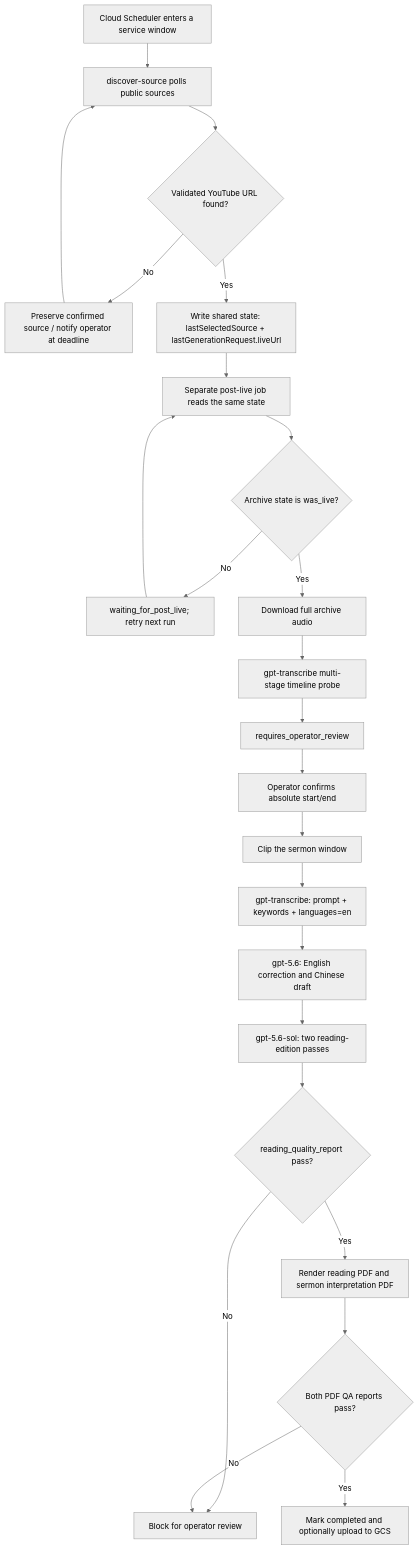
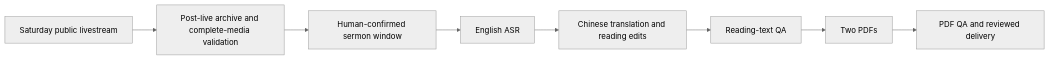
The first of 2 diagrams in README.md (JonathanJing/sermon-video-zh-subtitles), drawn with Mermaid (neutral theme) before and after one commit. The commit also changed other lines of this file and 4 other files, not shown here.

Commit message:
docs: focus project on two sermon workflows

````diff
--- a/README.md
+++ b/README.md
@@ -57,26 +27,10 @@
 ```mermaid
-flowchart TD
-    A[Cloud Scheduler enters a service window] --> B[discover-source polls public sources]
-    B --> C{Validated YouTube URL found?}
-    C -- No --> D[Preserve confirmed source / notify operator at deadline]
-    C -- Yes --> E["Write shared state: lastSelectedSource + lastGenerationRequest.liveUrl"]
-    D --> B
-    E --> F[Separate post-live job reads the same state]
-    F --> G{Archive state is was_live?}
-    G -- No --> H[waiting_for_post_live; retry next run]
-    H --> F
-    G -- Yes --> I[Download full archive audio]
-    I --> J[gpt-transcribe multi-stage timeline probe]
-    J --> K[requires_operator_review]
-    K --> L[Operator confirms absolute start/end]
-    L --> M[Clip the sermon window]
-    M --> N["gpt-transcribe: prompt + keywords + languages=en"]
-    N --> O["gpt-5.6: English correction and Chinese draft"]
-    O --> P["gpt-5.6-sol: two reading-edition passes"]
-    P --> Q{reading_quality_report pass?}
-    Q -- No --> R[Block for operator review]
-    Q -- Yes --> S[Render reading PDF and sermon interpretation PDF]
-    S --> T{Both PDF QA reports pass?}
-    T -- No --> R
-    T -- Yes --> U[Mark completed and optionally upload to GCS]
+flowchart LR
+    A[Saturday public livestream] --> B[Post-live archive and complete-media validation]
+    B --> C[Human-confirmed sermon window]
+    C --> D[English ASR]
+    D --> E[Chinese translation and reading edits]
+    E --> F[Reading-text QA]
+    F --> G[Two PDFs]
+    G --> H[PDF QA and reviewed delivery]
 ```
````
